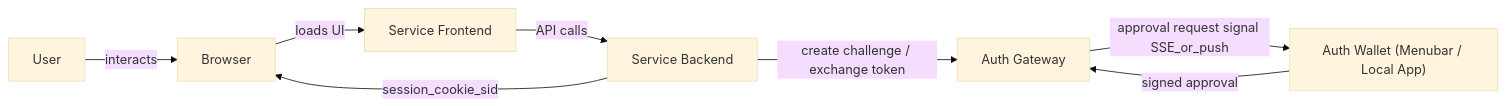
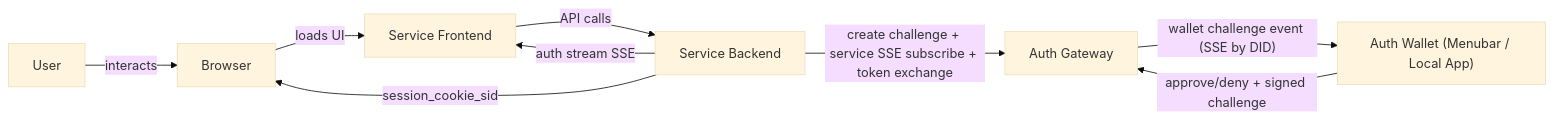
The first of 3 diagrams in ARCHITECTURE.md (superwhyun/MiID), drawn with Mermaid (base theme) before and after one commit. The commit also changed other lines of this file and 22 other files, not shown here.

First line of the commit message:
feat: implement comprehensive test service integration and enhance DID auth flow

````diff
--- a/ARCHITECTURE.md
+++ b/ARCHITECTURE.md
@@ -13,17 +13,18 @@
 ```mermaid
 flowchart LR
     U["User"]
     B["Browser"]
     SF["Service Frontend"]
     SB["Service Backend"]
     AG["Auth Gateway"]
     AW["Auth Wallet (Menubar / Local App)"]
 
     U -->|interacts| B
     B -->|loads UI| SF
     SF -->|API calls| SB
-    SB -->|create challenge / exchange token| AG
-    AG -->|approval request signal SSE_or_push| AW
-    AW -->|signed approval| AG
+    SB -->|"create challenge + service SSE subscribe + token exchange"| AG
+    AG -->|"wallet challenge event (SSE by DID)"| AW
+    AW -->|"approve/deny + signed challenge"| AG
+    SB -->|"auth stream SSE"| SF
     SB -->|session_cookie_sid| B
 ```
````
